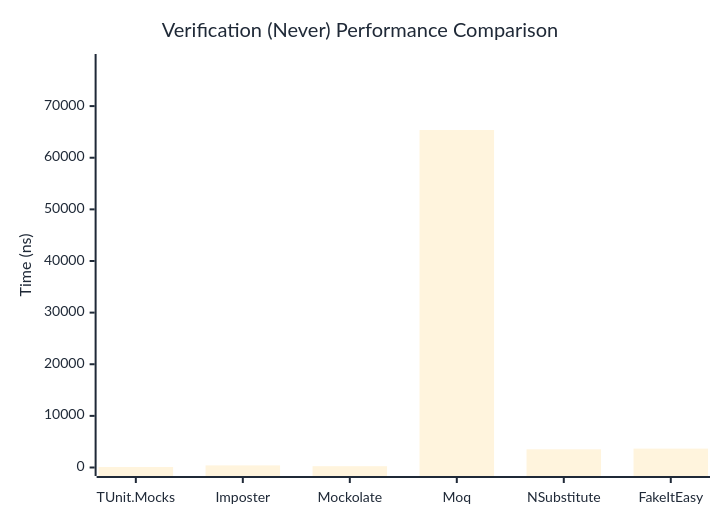
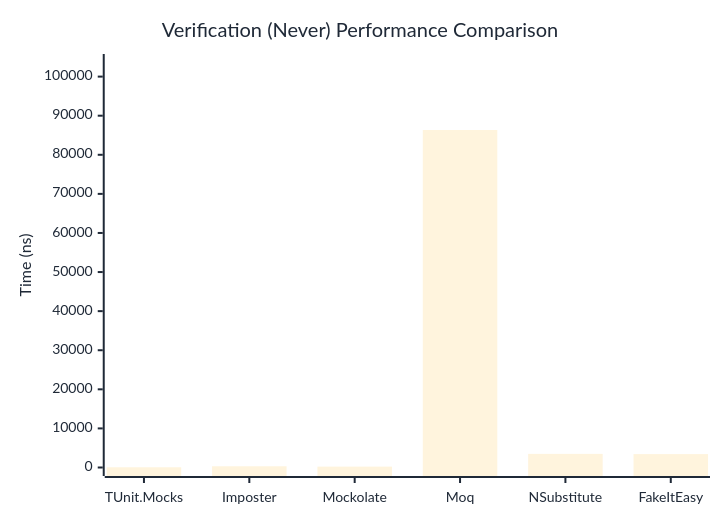
One commit to thomhurst/TUnit changed the second of 3 diagrams in docs/docs/benchmarks/mocks/Verification.md. Above: the diagram before and after it, drawn with Mermaid. The commit also changed other lines of this file and 14 other files, not shown here.

````diff
--- a/docs/docs/benchmarks/mocks/Verification.md
+++ b/docs/docs/benchmarks/mocks/Verification.md
@@ -69,27 +69,27 @@
 ```mermaid
 %%{init: {
   'theme':'base',
   'themeVariables': {
     'primaryColor': '#2563eb',
     'primaryTextColor': '#1f2937',
     'primaryBorderColor': '#1e40af',
     'lineColor': '#6b7280',
     'secondaryColor': '#7c3aed',
     'tertiaryColor': '#dc2626',
     'background': '#ffffff',
     'pie1': '#2563eb',
     'pie2': '#7c3aed',
     'pie3': '#dc2626',
     'pie4': '#f59e0b',
     'pie5': '#10b981',
     'pie6': '#06b6d4',
     'pie7': '#ec4899',
     'pie8': '#6366f1'
   }
 }}%%
 xychart-beta
   title "Verification (Never) Performance Comparison"
   x-axis ["TUnit.Mocks", "Imposter", "Mockolate", "Moq", "NSubstitute", "FakeItEasy"]
-  y-axis "Time (ns)" 0 --> 78446
-  bar [97.18, 406.52, 254.73, 65371.08, 3524.13, 3655.87]
+  y-axis "Time (ns)" 0 --> 103609
+  bar [60.61, 316.11, 227.62, 86340.24, 3483.65, 3428.31]
 ```
````
